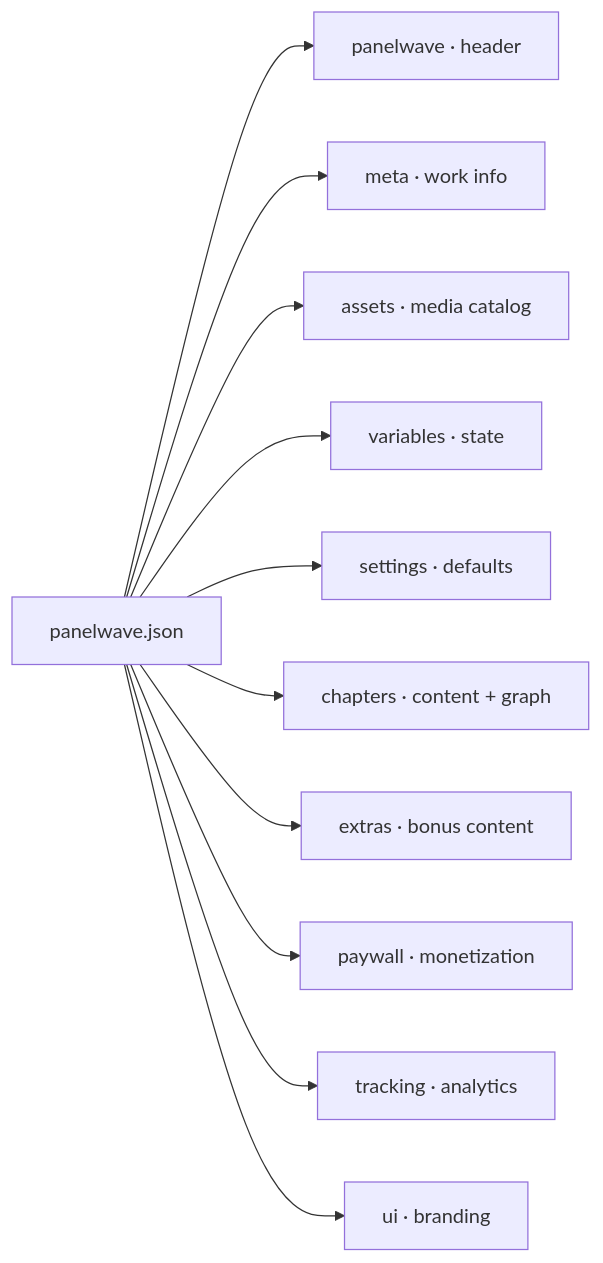
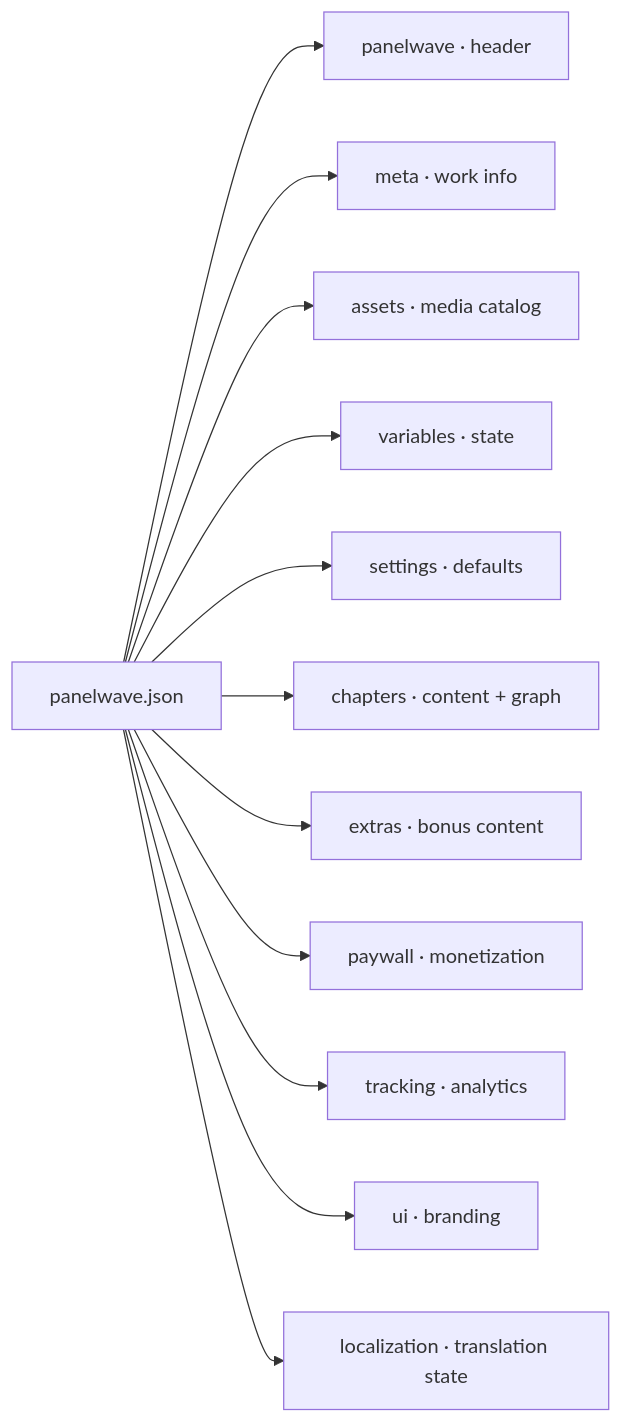
Before and after one commit to peoplegraphics/documentationai-Docs: the diagram in schema/manifest-structure.mdx, drawn with Mermaid. The commit also changed other lines of this file and 11 other files, not shown here.

First line of the commit message:
docs: schema 1.5, work archive transfer, structure-tree precision (2026-08-28)

````diff
--- a/schema/manifest-structure.mdx
+++ b/schema/manifest-structure.mdx
@@ -10,13 +10,14 @@
 ```mermaid
 graph LR
     M[panelwave.json] --> H[panelwave · header]
     M --> ME[meta · work info]
     M --> A[assets · media catalog]
     M --> V[variables · state]
     M --> S[settings · defaults]
     M --> C[chapters · content + graph]
     M --> E[extras · bonus content]
     M --> P[paywall · monetization]
     M --> T[tracking · analytics]
     M --> U[ui · branding]
+    M --> L[localization · translation state]
 ```
````
